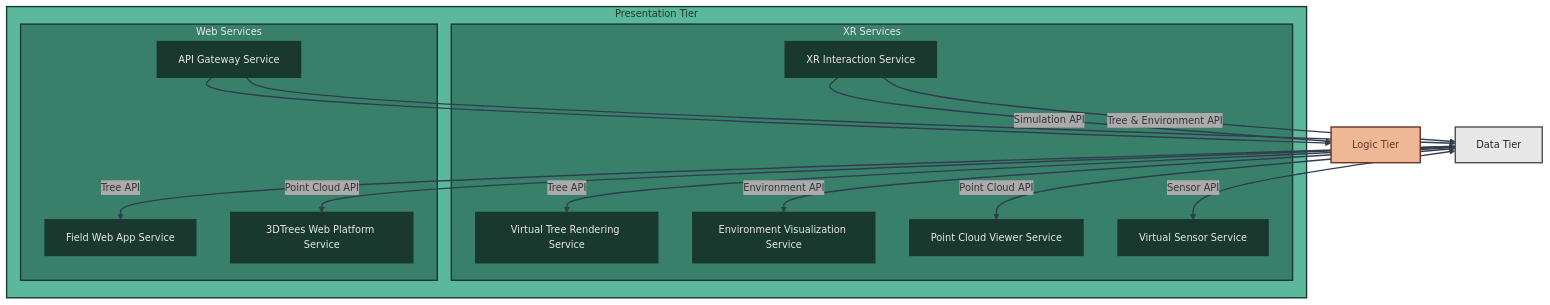
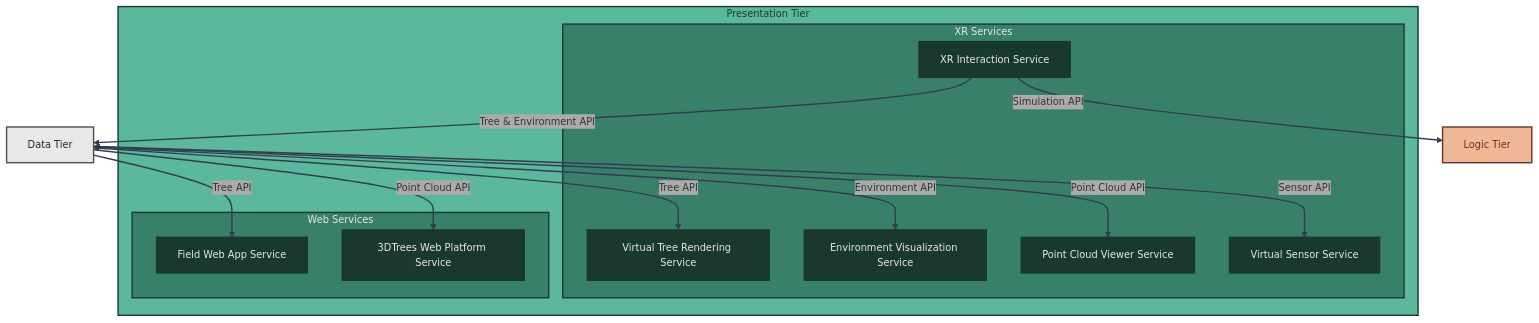
The fourth of 4 diagrams in docs/architecture/architecture.md (XRFutureForests/digital-twin-db), drawn with Mermaid before and after one commit. The commit also changed other lines of this file and 5 other files, not shown here.

````diff
--- a/docs/architecture/architecture.md
+++ b/docs/architecture/architecture.md
@@ -247,60 +244,57 @@
 ```mermaid
 %%{
 init: {
 'theme': 'base',
 'themeVariables': {
 'fontSize': '14px',
 'secondaryColor': '#ababab'
 }
 }
 }%%
 flowchart TD
 
 DATA_REF["Data Tier"]
 
 LOGIC_REF["Logic Tier"]
 
 subgraph PRESENTATION_TIER["Presentation Tier"]
 
 subgraph XR_SERVICES["XR Services"]
 XS1[Virtual Tree Rendering Service]
 XS2[Environment Visualization Service]
 XS3[Point Cloud Viewer Service]
 XS4[XR Interaction Service]
 XS5[Virtual Sensor Service]
 end
 
 subgraph WEB_SERVICES["Web Services"]
 WS1[Field Web App Service]
 WS2[3DTrees Web Platform Service]
-WS3[API Gateway Service]
 end
 end
 
 DATA_REF -->|Tree API| WS1
 DATA_REF -->|Point Cloud API| WS2
-WS3 --> DATA_REF
-WS3 --> LOGIC_REF
 DATA_REF <-->|Tree API| XS1
 DATA_REF <-->|Environment API| XS2
 DATA_REF <-->|Point Cloud API| XS3
 DATA_REF <-->|Sensor API| XS5
 XS4 -->|Tree & Environment API| DATA_REF
 XS4 -->|Simulation API| LOGIC_REF
 
 classDef presentationBack fill:#5CB89C,stroke:#19392f,stroke-width:2px,color:#19392f
 classDef dataTier fill:#e8e8e8,stroke:#4f4f4f,stroke-width:2px,color:#242424
 classDef logicTier fill:#eeb896,stroke:#673428,stroke-width:2px,color:#673428
 classDef presentationTier fill:#38806a,stroke:#19392f,stroke-width:2px,color:#e8e8e8
 classDef dataNode fill:#4f4f4f,stroke:#242424,stroke-width:2px,color:#e8e8e8
 classDef logicNode fill:#d36622,stroke:#673428,stroke-width:2px,color:#e8e8e8
 classDef presentationNode fill:#19392f,stroke:#19392f,stroke-width:2px,color:#e8e8e8
 
 class PRESENTATION_TIER presentationBack
 class DATA_REF dataTier
 class LOGIC_REF logicTier
 class WEB_SERVICES,XR_SERVICES presentationTier
-class XS1,XS2,XS3,XS4,XS5,WS1,WS2,WS3 presentationNode
+class XS1,XS2,XS3,XS4,XS5,WS1,WS2 presentationNode
 
-linkStyle 0,1,2,3,4,5,6,7,8,9 stroke:#313D4F,stroke-width:2px
+linkStyle 0,1,2,3,4,5,6,7 stroke:#313D4F,stroke-width:2px
 ```
````
